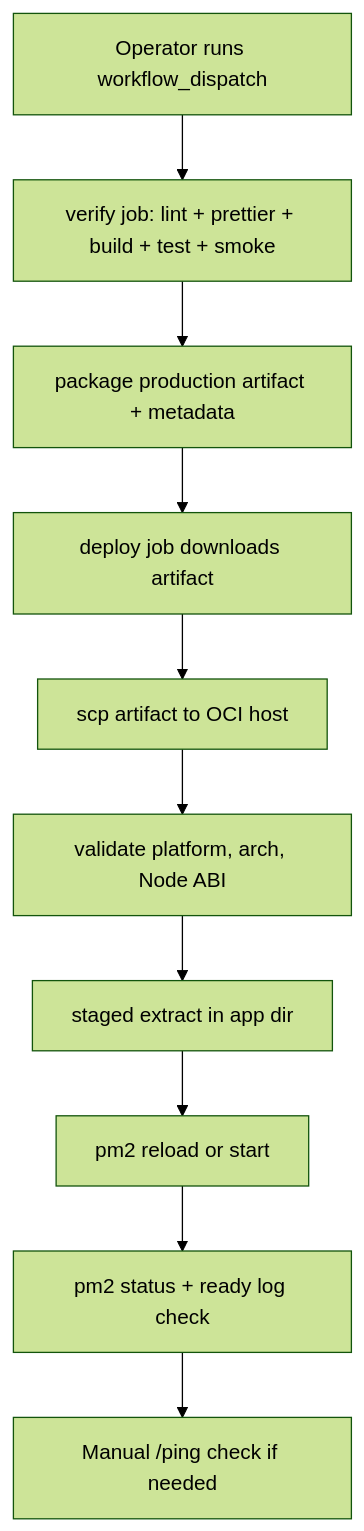
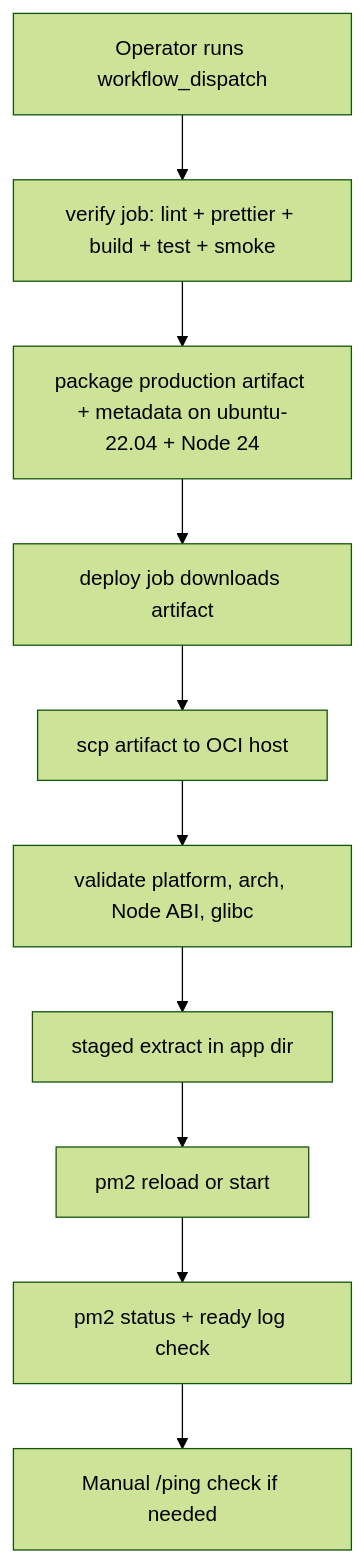
One commit to honki12345/haruharu-discord-bot changed the diagram in docs/PRODUCTION_RUNBOOK.md. Above: the diagram before and after it, drawn with Mermaid (forest theme). The commit also changed other lines of this file and 6 other files, not shown here.

````diff
--- a/docs/PRODUCTION_RUNBOOK.md
+++ b/docs/PRODUCTION_RUNBOOK.md
@@ -16,12 +16,12 @@
 ```mermaid
 flowchart TD
   A[Operator runs workflow_dispatch] --> B[verify job: lint + prettier + build + test + smoke]
-  B --> C[package production artifact + metadata]
+  B --> C[package production artifact + metadata on ubuntu-22.04 + Node 24]
   C --> D[deploy job downloads artifact]
   D --> E[scp artifact to OCI host]
-  E --> F[validate platform, arch, Node ABI]
+  E --> F[validate platform, arch, Node ABI, glibc]
   F --> G[staged extract in app dir]
   G --> H[pm2 reload or start]
   H --> I[pm2 status + ready log check]
   I --> J[Manual /ping check if needed]
 ```
````
